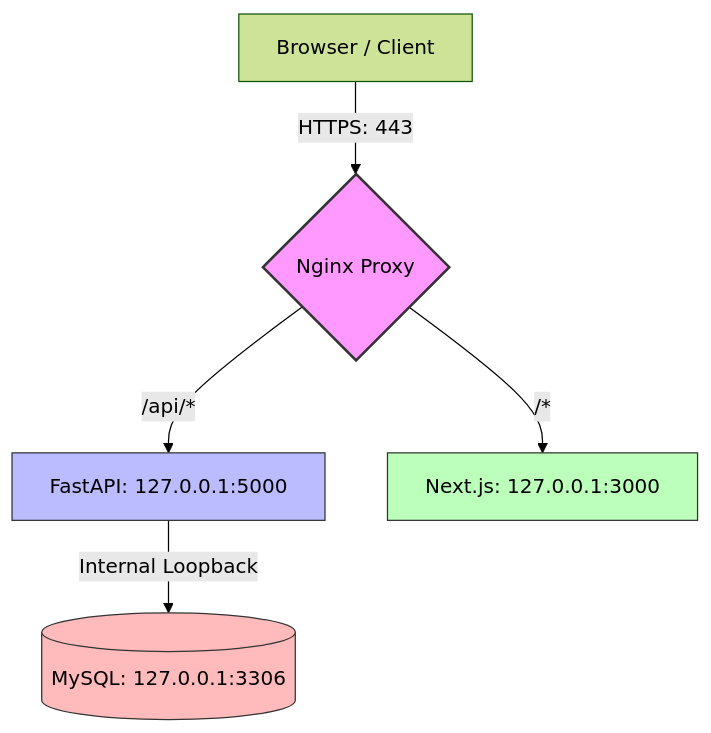
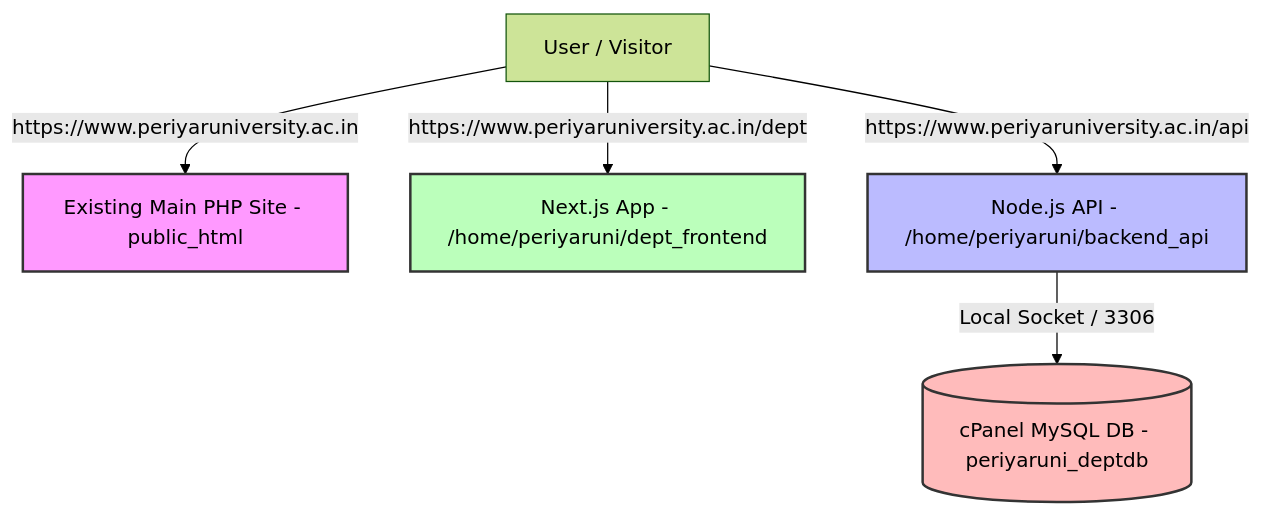
One commit to HG12265/periyar-university-department-page changed the diagram in deployment_guide.md. Above: the diagram before and after it, drawn with Mermaid (forest theme). The commit also changed other lines of this file, not shown here.

Commit message:
Docs: Complete official cPanel production deployment guide for periyaruniversity.ac.in

````diff
--- a/deployment_guide.md
+++ b/deployment_guide.md
@@ -22,12 +14,12 @@
 ```mermaid
 graph TD
-    Browser[Browser / Client] -->|HTTPS: 443| Nginx{Nginx Proxy}
-    Nginx -->|/api/*| FastAPI[FastAPI: 127.0.0.1:5000]
-    Nginx -->|/*| NextJS[Next.js: 127.0.0.1:3000]
-    FastAPI -->|Internal Loopback| MySQL[(MySQL: 127.0.0.1:3306)]
-    
-    style Nginx fill:#f9f,stroke:#333,stroke-width:2px
-    style FastAPI fill:#bbf,stroke:#333,stroke-width:1px
-    style NextJS fill:#bfb,stroke:#333,stroke-width:1px
-    style MySQL fill:#fbb,stroke:#333,stroke-width:1px
+    User[User / Visitor] -->|https://www.periyaruniversity.ac.in| MainSite[Existing Main PHP Site - public_html]
+    User -->|https://www.periyaruniversity.ac.in/dept| DeptNode[Next.js App - /home/periyaruni/dept_frontend]
+    User -->|https://www.periyaruniversity.ac.in/api| BackendNode[Node.js API - /home/periyaruni/backend_api]
+    BackendNode -->|Local Socket / 3306| MySQL[(cPanel MySQL DB - periyaruni_deptdb)]
+
+    style MainSite fill:#f9f,stroke:#333,stroke-width:2px
+    style DeptNode fill:#bfb,stroke:#333,stroke-width:2px
+    style BackendNode fill:#bbf,stroke:#333,stroke-width:2px
+    style MySQL fill:#fbb,stroke:#333,stroke-width:2px
 ```
````
